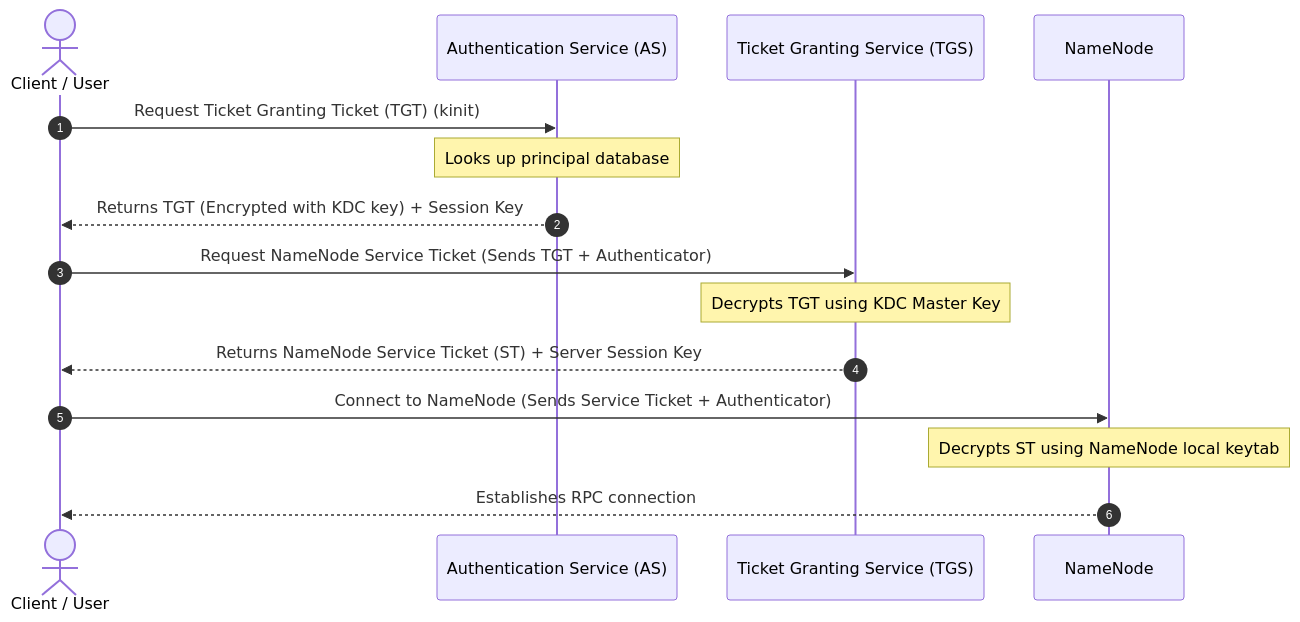
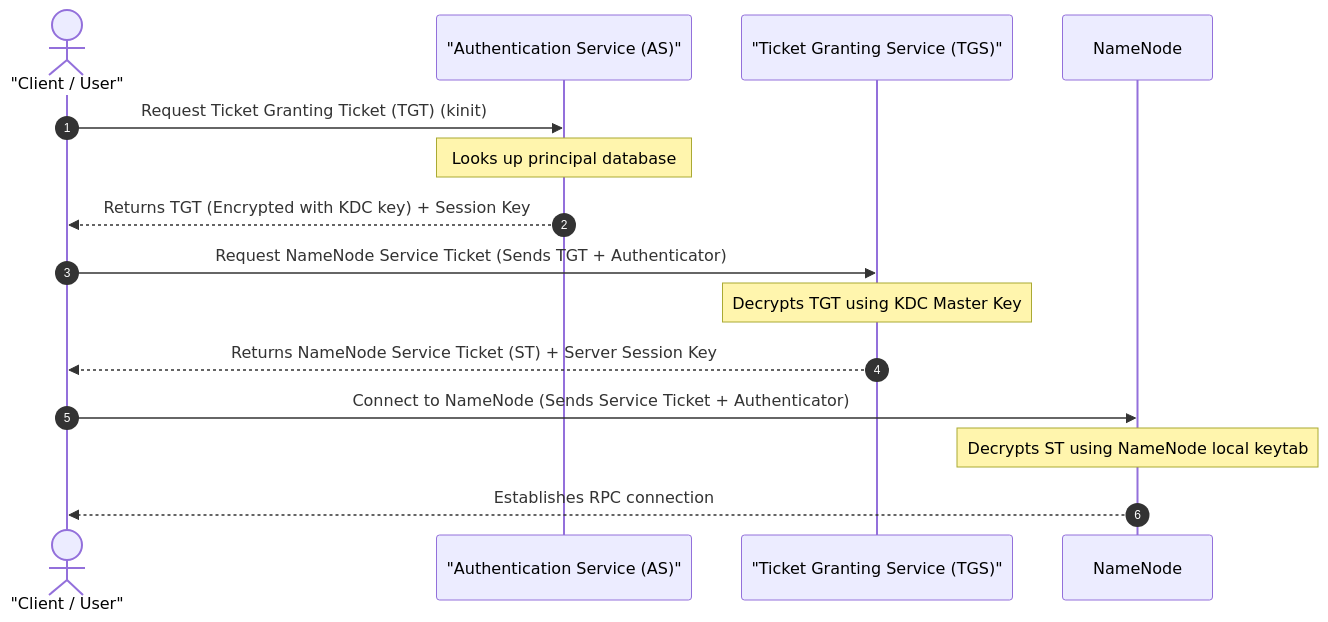
Before and after one commit to userhimanshuverma/30_Days_of_Modern_Hadoop_Ecosystem: the fourth of 9 diagrams in Day-04-HDFS-Security-Encryption/README.md, drawn with Mermaid. The commit also changed other lines of this file and 3 other files, not shown here.

Commit message:
fix: wrap aliases with parentheses and slashes in double quotes for sequence diagrams

````diff
--- a/Day-04-HDFS-Security-Encryption/README.md
+++ b/Day-04-HDFS-Security-Encryption/README.md
@@ -260,20 +260,20 @@
 ```mermaid
 sequenceDiagram
     autonumber
-    actor Client as Client / User
-    participant AS as Authentication Service (AS)
-    participant TGS as Ticket Granting Service (TGS)
+    actor Client as "Client / User"
+    participant AS as "Authentication Service (AS)"
+    participant TGS as "Ticket Granting Service (TGS)"
     participant NN as NameNode
 
     Client->>AS: Request Ticket Granting Ticket (TGT) (kinit)
     Note over AS: Looks up principal database
     AS-->>Client: Returns TGT (Encrypted with KDC key) + Session Key
     
     Client->>TGS: Request NameNode Service Ticket (Sends TGT + Authenticator)
     Note over TGS: Decrypts TGT using KDC Master Key
     TGS-->>Client: Returns NameNode Service Ticket (ST) + Server Session Key
     
     Client->>NN: Connect to NameNode (Sends Service Ticket + Authenticator)
     Note over NN: Decrypts ST using NameNode local keytab
     NN-->>Client: Establishes RPC connection
 ```
````
